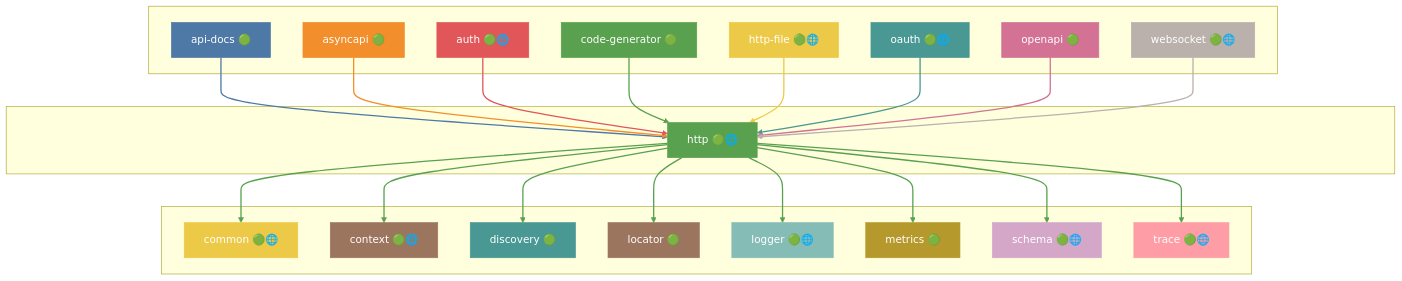
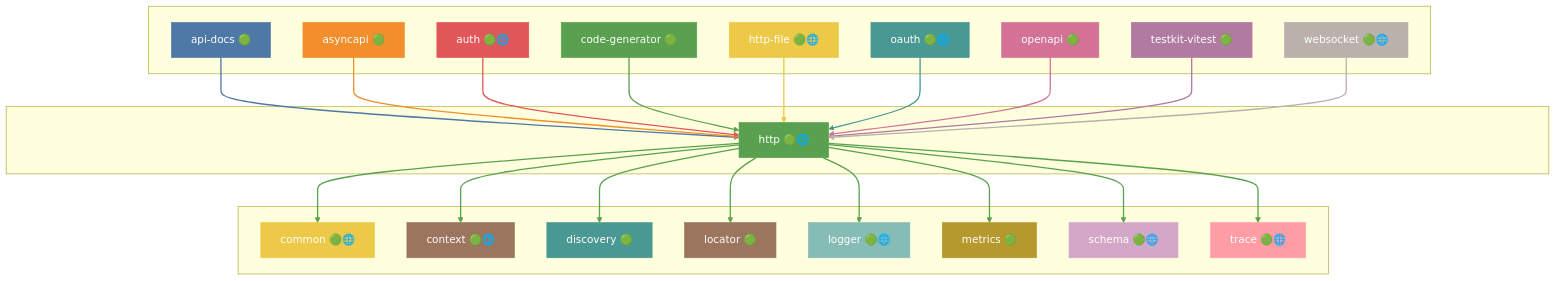
Diagram 24 of 47 in docs/DEPENDENCIES.md (grest-ts/grest-ts), drawn with Mermaid before and after one commit. The commit also changed other lines of this file and 93 other files, not shown here.

````diff
--- a/docs/DEPENDENCIES.md
+++ b/docs/DEPENDENCIES.md
@@ -1187,75 +1223,79 @@
 ```mermaid
 flowchart TB
     subgraph Dependents[" "]
         api-docs["api-docs 🟢"]
         asyncapi["asyncapi 🟢"]
         auth["auth 🟢🌐"]
         code-generator["code-generator 🟢"]
         http-file["http-file 🟢🌐"]
         oauth["oauth 🟢🌐"]
         openapi["openapi 🟢"]
+        testkit-vitest["testkit-vitest 🟢"]
         websocket["websocket 🟢🌐"]
     end
     subgraph Package[" "]
         http["http 🟢🌐"]
     end
     subgraph Dependencies[" "]
         common["common 🟢🌐"]
         context["context 🟢🌐"]
         discovery["discovery 🟢"]
         locator["locator 🟢"]
         logger["logger 🟢🌐"]
         metrics["metrics 🟢"]
         schema["schema 🟢🌐"]
         trace["trace 🟢🌐"]
     end
     api-docs --> http
     asyncapi --> http
     auth --> http
     code-generator --> http
     http-file --> http
     oauth --> http
     openapi --> http
+    testkit-vitest --> http
     websocket --> http
     http --> common
     http --> context
     http --> discovery
     http --> locator
     http --> logger
     http --> metrics
     http --> schema
     http --> trace
     style http fill:#59A14F,stroke:#59A14F,color:#fff
     style api-docs fill:#4E79A7,stroke:#4E79A7,color:#fff
     style asyncapi fill:#F28E2B,stroke:#F28E2B,color:#fff
     style auth fill:#E15759,stroke:#E15759,color:#fff
     style code-generator fill:#59A14F,stroke:#59A14F,color:#fff
     style http-file fill:#EDC948,stroke:#EDC948,color:#fff
     style oauth fill:#499894,stroke:#499894,color:#fff
     style openapi fill:#D37295,stroke:#D37295,color:#fff
+    style testkit-vitest fill:#B07AA1,stroke:#B07AA1,color:#fff
     style websocket fill:#BAB0AC,stroke:#BAB0AC,color:#fff
     style common fill:#EDC948,stroke:#EDC948,color:#fff
     style context fill:#9C755F,stroke:#9C755F,color:#fff
     style discovery fill:#499894,stroke:#499894,color:#fff
     style locator fill:#9C755F,stroke:#9C755F,color:#fff
     style logger fill:#86BCB6,stroke:#86BCB6,color:#fff
     style metrics fill:#B6992D,stroke:#B6992D,color:#fff
     style schema fill:#D4A6C8,stroke:#D4A6C8,color:#fff
     style trace fill:#FF9DA7,stroke:#FF9DA7,color:#fff
     linkStyle 0 stroke:#4E79A7,stroke-width:2px
     linkStyle 1 stroke:#F28E2B,stroke-width:2px
     linkStyle 2 stroke:#E15759,stroke-width:2px
     linkStyle 3 stroke:#59A14F,stroke-width:2px
     linkStyle 4 stroke:#EDC948,stroke-width:2px
     linkStyle 5 stroke:#499894,stroke-width:2px
     linkStyle 6 stroke:#D37295,stroke-width:2px
-    linkStyle 7 stroke:#BAB0AC,stroke-width:2px
-    linkStyle 8 stroke:#59A14F,stroke-width:2px
+    linkStyle 7 stroke:#B07AA1,stroke-width:2px
+    linkStyle 8 stroke:#BAB0AC,stroke-width:2px
     linkStyle 9 stroke:#59A14F,stroke-width:2px
     linkStyle 10 stroke:#59A14F,stroke-width:2px
     linkStyle 11 stroke:#59A14F,stroke-width:2px
     linkStyle 12 stroke:#59A14F,stroke-width:2px
     linkStyle 13 stroke:#59A14F,stroke-width:2px
     linkStyle 14 stroke:#59A14F,stroke-width:2px
     linkStyle 15 stroke:#59A14F,stroke-width:2px
+    linkStyle 16 stroke:#59A14F,stroke-width:2px
 ```
````
